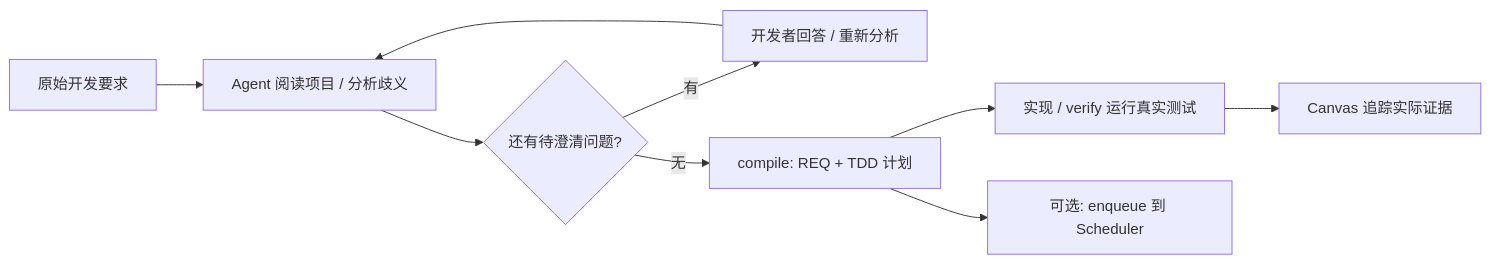
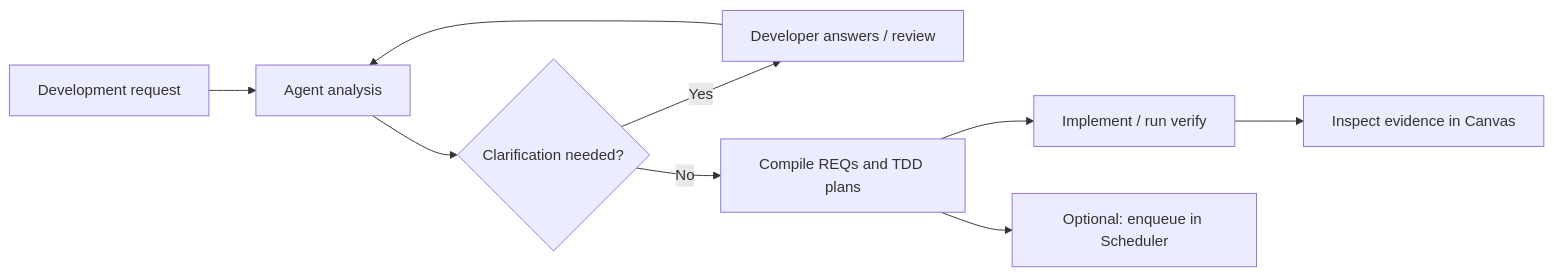
The diagram in README.md (Astonomy/arc), drawn with Mermaid before and after one commit. The commit also changed other lines of this file and 1 other file, not shown here.

````diff
--- a/README.md
+++ b/README.md
@@ -41,11 +39,11 @@
 ```mermaid
 flowchart LR
-    A[原始开发要求] --> B[Agent 阅读项目 / 分析歧义]
-    B --> C{还有待澄清问题?}
-    C -->|有| D[开发者回答 / 重新分析]
+    A[Development request] --> B[Agent analysis]
+    B --> C{Clarification needed?}
+    C -->|Yes| D[Developer answers / review]
     D --> B
-    C -->|无| E[compile: REQ + TDD 计划]
-    E --> F[实现 / verify 运行真实测试]
-    F --> G[Canvas 追踪实际证据]
-    E --> H[可选: enqueue 到 Scheduler]
+    C -->|No| E[Compile REQs and TDD plans]
+    E --> F[Implement / run verify]
+    F --> G[Inspect evidence in Canvas]
+    E --> H[Optional: enqueue in Scheduler]
 ```
````
